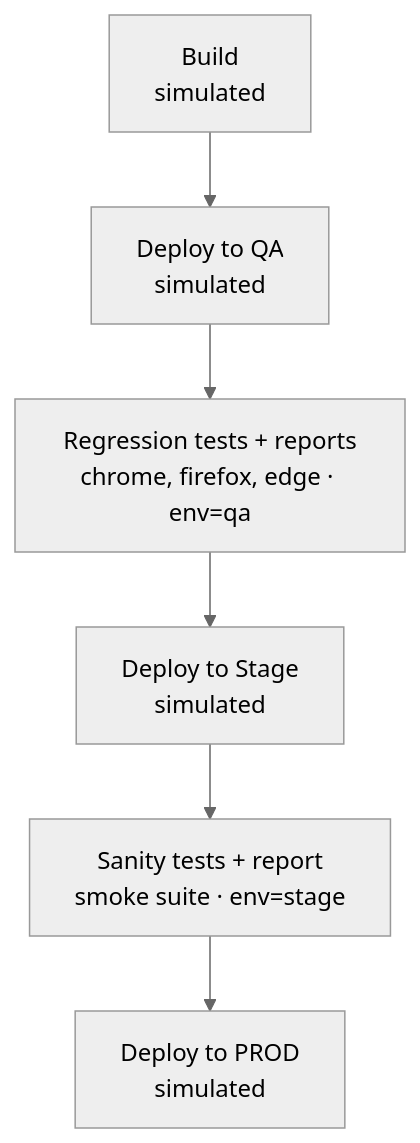
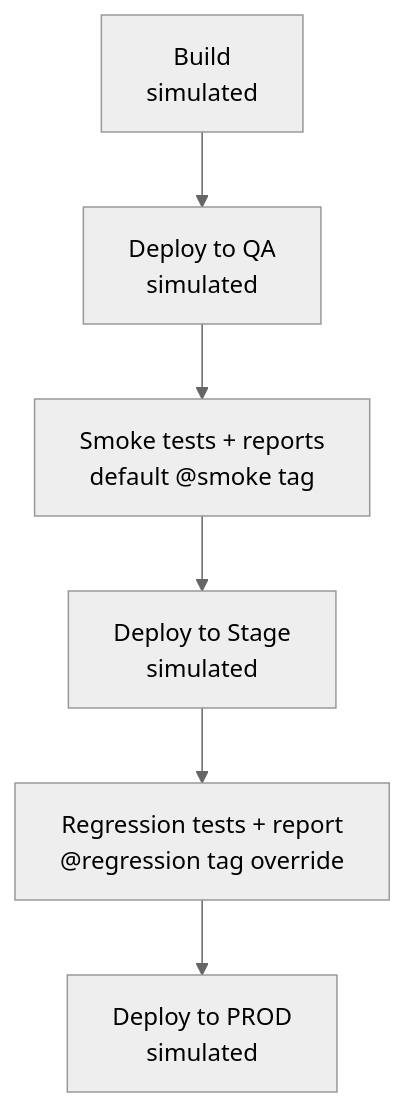
One commit to Manish12588/Cucumber_BDD_FW changed the second of 2 diagrams in README.md. Above: the diagram before and after it, drawn with Mermaid (neutral theme). The commit also changed other lines of this file and 2 other files, not shown here.

````diff
--- a/README.md
+++ b/README.md
@@ -103,8 +89,8 @@
 ```mermaid
 flowchart TD
     A["Build<br/>simulated"] --> B["Deploy to QA<br/>simulated"]
-    B --> C["Regression tests + reports<br/>chrome, firefox, edge · env=qa"]
+    B --> C["Smoke tests + reports<br/>default @smoke tag"]
     C --> D["Deploy to Stage<br/>simulated"]
-    D --> E["Sanity tests + report<br/>smoke suite · env=stage"]
+    D --> E["Regression tests + report<br/>@regression tag override"]
     E --> F["Deploy to PROD<br/>simulated"]
 ```
````
